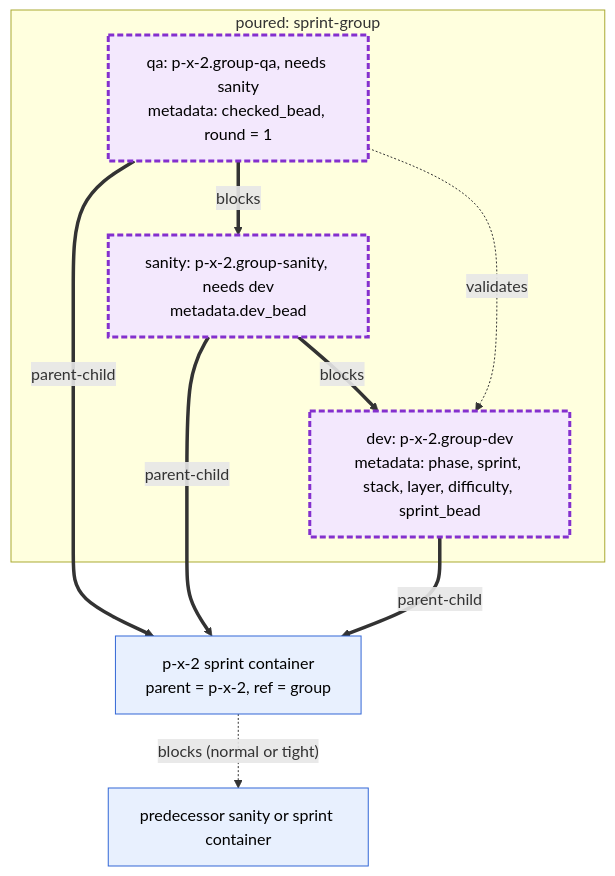
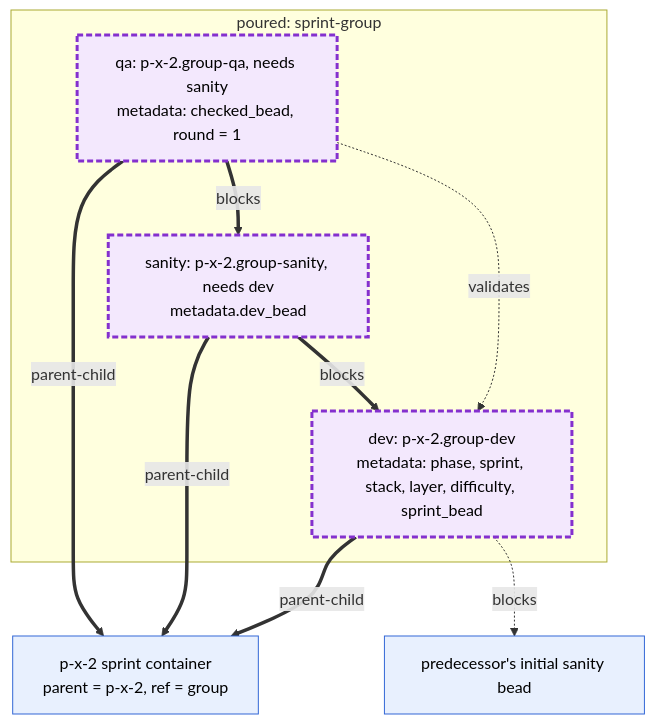
One commit to randlee/atm-bd-orchestration changed the second of 4 diagrams in docs/diagrams/formula.md. Above: the diagram before and after it, drawn with Mermaid. The commit also changed other lines of this file and 4 other files, not shown here.

Commit message:
docs(diagrams): match the top of the stack

````diff
--- a/docs/diagrams/formula.md
+++ b/docs/diagrams/formula.md
@@ -61,21 +61,21 @@
 ```mermaid
 flowchart TB
   classDef tmpl fill:#e8f0fe,stroke:#3367d6,color:#000
   classDef poured fill:#f3e8fd,stroke:#8430ce,stroke-width:3px,stroke-dasharray:6 3,color:#000
 
   SPR["p-x-2 sprint container<br/>parent = p-x-2, ref = group"]:::tmpl
   subgraph POUR["poured: sprint-group"]
     DEV["dev: p-x-2.group-dev<br/>metadata: phase, sprint, stack, layer, difficulty, sprint_bead"]:::poured
     SAN["sanity: p-x-2.group-sanity, needs dev<br/>metadata.dev_bead"]:::poured
     QA["qa: p-x-2.group-qa, needs sanity<br/>metadata: checked_bead, round = 1"]:::poured
   end
-  PRED["predecessor sanity or sprint container"]:::tmpl
+  PRED["predecessor's initial sanity bead"]:::tmpl
 
   DEV ==>|parent-child| SPR
   SAN ==>|parent-child| SPR
   QA ==>|parent-child| SPR
   SAN ==>|blocks| DEV
   QA ==>|blocks| SAN
   QA -.->|validates| DEV
-  SPR -.->|"blocks (normal or tight)"| PRED
+  DEV -.->|blocks| PRED
 ```
````
